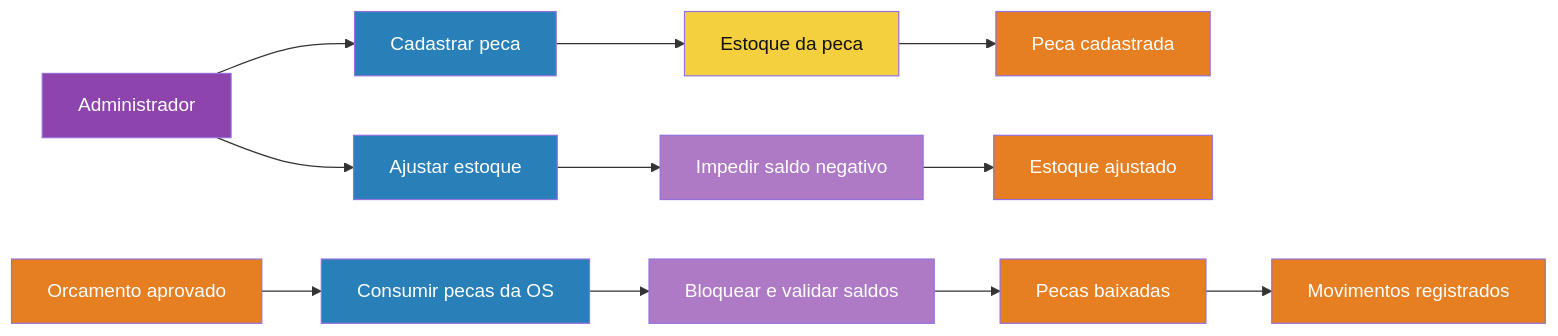
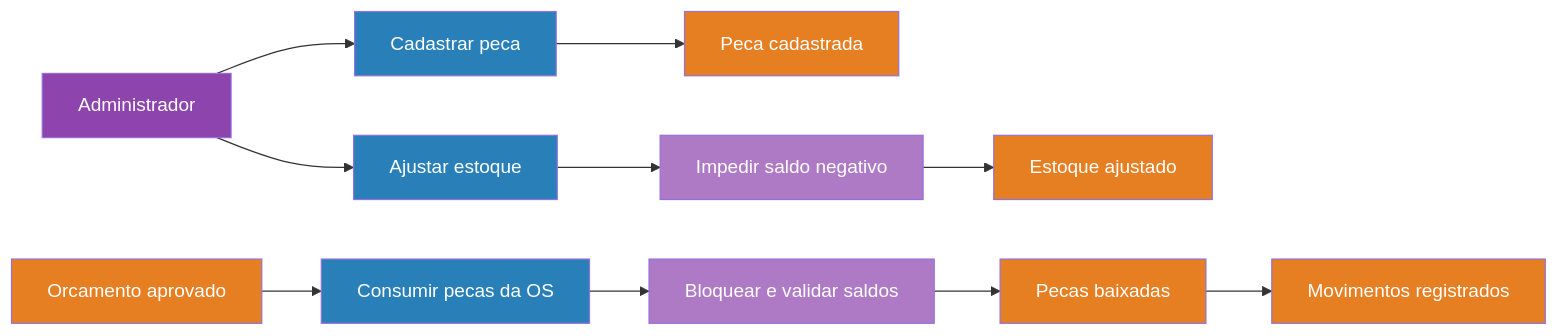
The diagram in docs/ddd/source/event-storming-estoque.mmd (diegodpcarvalho/fiap-tech-challenge-fase-1), drawn with Mermaid before and after one commit. The commit also changed 30 other files, not shown here.

```diff
--- a/docs/ddd/source/event-storming-estoque.mmd
+++ b/docs/ddd/source/event-storming-estoque.mmd
@@ -1,16 +1,14 @@
 flowchart LR
   ADM[Administrador]:::actor --> C1[Cadastrar peca]:::command
-  C1 --> AG[Estoque da peca]:::aggregate
-  AG --> E1[Peca cadastrada]:::event
+  C1 --> E1[Peca cadastrada]:::event
   ADM --> C2[Ajustar estoque]:::command
   C2 --> P1[Impedir saldo negativo]:::policy
   P1 --> E2[Estoque ajustado]:::event
   OS[Orcamento aprovado]:::event --> C3[Consumir pecas da OS]:::command
   C3 --> P2[Bloquear e validar saldos]:::policy
   P2 --> E3[Pecas baixadas]:::event
   E3 --> E4[Movimentos registrados]:::event
   classDef actor fill:#8e44ad,color:#fff;
   classDef command fill:#2980b9,color:#fff;
   classDef event fill:#e67e22,color:#fff;
   classDef policy fill:#af7ac5,color:#fff;
-  classDef aggregate fill:#f4d03f,color:#111;
```
